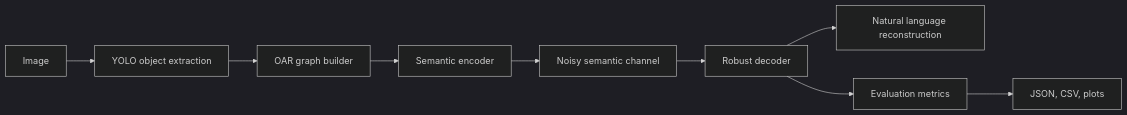
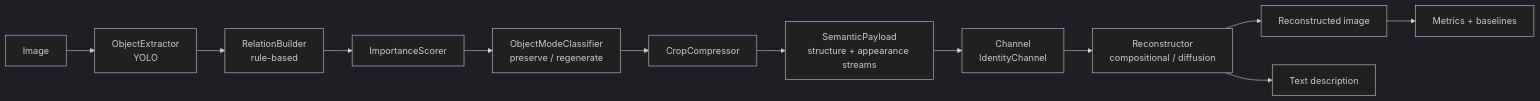
Before and after one commit to ROKUMATE/AI_Enabled_Multimedia_Semantic_Communications_Images: the diagram in README.md, drawn with Mermaid (dark theme). The commit also changed other lines of this file and 80 other files, not shown here.

````diff
--- a/README.md
+++ b/README.md
@@ -7,11 +17,14 @@
 ```mermaid
 flowchart LR
-		A[Image] --> B[YOLO object extraction]
-		B --> C[OAR graph builder]
-		C --> D[Semantic encoder]
-		D --> E[Noisy semantic channel]
-		E --> F[Robust decoder]
-		F --> G[Natural language reconstruction]
-		F --> H[Evaluation metrics]
-		H --> I[JSON, CSV, plots]
+    A[Image] --> B[ObjectExtractor<br/>YOLO]
+    B --> C[RelationBuilder<br/>rule-based]
+    C --> D[ImportanceScorer]
+    D --> E[ObjectModeClassifier<br/>preserve / regenerate]
+    E --> F[CropCompressor]
+    F --> G[SemanticPayload<br/>structure + appearance streams]
+    G --> H[Channel<br/>IdentityChannel]
+    H --> I[Reconstructor<br/>compositional / diffusion]
+    I --> J[Reconstructed image]
+    I --> K[Text description]
+    J --> L[Metrics + baselines]
 ```
````
